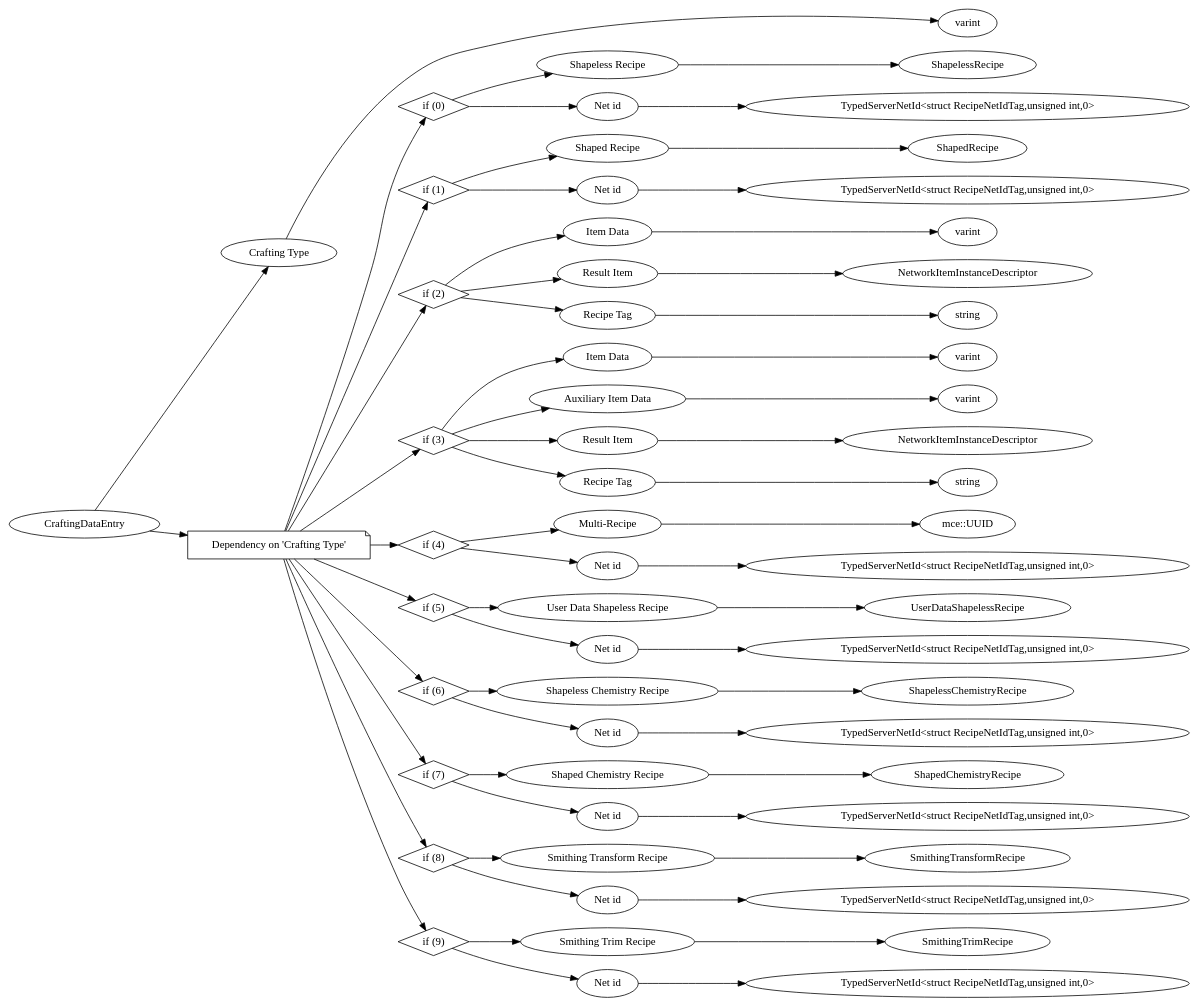
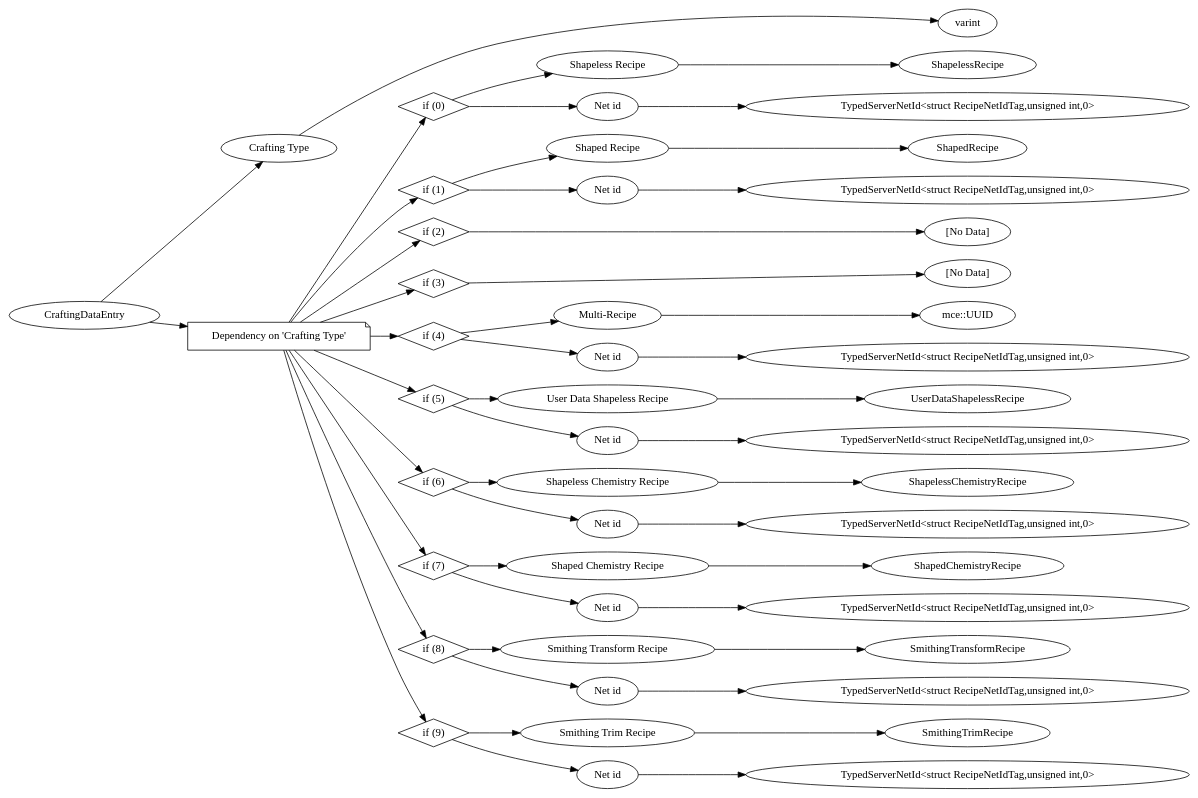
The diagram in dot/CraftingDataEntry.dot (Mojang/bedrock-protocol-docs), drawn with Graphviz before and after one commit. The commit also changed 806 other files, not shown here.

```diff
--- a/dot/CraftingDataEntry.dot
+++ b/dot/CraftingDataEntry.dot
@@ -16,50 +16,38 @@
 13 -> 14
 4 -> 15
 15 -> 16
-16 -> 17
-15 -> 18
-18 -> 19
-15 -> 20
+4 -> 17
+17 -> 18
+4 -> 19
+19 -> 20
 20 -> 21
-4 -> 22
+19 -> 22
 22 -> 23
-23 -> 24
-22 -> 25
+4 -> 24
+24 -> 25
 25 -> 26
-22 -> 27
+24 -> 27
 27 -> 28
-22 -> 29
+4 -> 29
 29 -> 30
-4 -> 31
-31 -> 32
+30 -> 31
+29 -> 32
 32 -> 33
-31 -> 34
+4 -> 34
 34 -> 35
-4 -> 36
-36 -> 37
+35 -> 36
+34 -> 37
 37 -> 38
-36 -> 39
+4 -> 39
 39 -> 40
-4 -> 41
-41 -> 42
+40 -> 41
+39 -> 42
 42 -> 43
-41 -> 44
+4 -> 44
 44 -> 45
-4 -> 46
-46 -> 47
+45 -> 46
+44 -> 47
 47 -> 48
-46 -> 49
-49 -> 50
-4 -> 51
-51 -> 52
-52 -> 53
-51 -> 54
-54 -> 55
-4 -> 56
-56 -> 57
-57 -> 58
-56 -> 59
-59 -> 60
 
 1 [label="CraftingDataEntry",comment="name: \"CraftingDataEntry\", typeName: \"\", id: 1, branchId: 0, recurseId: -1, attributes: 0, notes: \"\""];
 2 [label="Crafting Type",comment="name: \"Crafting Type\", typeName: \"\", id: 2, branchId: 0, recurseId: -1, attributes: 0, notes: \"\""];
@@ -76,51 +64,39 @@
 13 [label="Net id",comment="name: \"Net id\", typeName: \"\", id: 13, branchId: 0, recurseId: -1, attributes: 256, notes: \"\""];
 14 [label="TypedServerNetId<struct RecipeNetIdTag,unsigned int,0>",comment="name: \"TypedServerNetId<struct RecipeNetIdTag,unsigned int,0>\", typeName: \"\", id: 14, branchId: 0, recurseId: -1, attributes: 512, notes: \"\""];
 15 [label="if (2)",shape=diamond,comment="name: \"if (2)\", typeName: \"\", id: 15, branchId: 2, recurseId: -1, attributes: 4, notes: \"\""];
-16 [label="Item Data",comment="name: \"Item Data\", typeName: \"\", id: 16, branchId: 0, recurseId: -1, attributes: 0, notes: \"\""];
-17 [label="varint",comment="name: \"varint\", typeName: \"\", id: 17, branchId: 0, recurseId: -1, attributes: 512, notes: \"\""];
-18 [label="Result Item",comment="name: \"Result Item\", typeName: \"\", id: 18, branchId: 0, recurseId: -1, attributes: 256, notes: \"\""];
-19 [label="NetworkItemInstanceDescriptor",comment="name: \"NetworkItemInstanceDescriptor\", typeName: \"\", id: 19, branchId: 0, recurseId: -1, attributes: 512, notes: \"\""];
-20 [label="Recipe Tag",comment="name: \"Recipe Tag\", typeName: \"\", id: 20, branchId: 0, recurseId: -1, attributes: 0, notes: \"Available ones: crafting_table, cartography_table, stonecutter, furnace, blast_furnace, smoker, campfire\""];
-21 [label="string",comment="name: \"string\", typeName: \"\", id: 21, branchId: 0, recurseId: -1, attributes: 512, notes: \"\""];
-22 [label="if (3)",shape=diamond,comment="name: \"if (3)\", typeName: \"\", id: 22, branchId: 3, recurseId: -1, attributes: 4, notes: \"\""];
-23 [label="Item Data",comment="name: \"Item Data\", typeName: \"\", id: 23, branchId: 0, recurseId: -1, attributes: 0, notes: \"\""];
-24 [label="varint",comment="name: \"varint\", typeName: \"\", id: 24, branchId: 0, recurseId: -1, attributes: 512, notes: \"\""];
-25 [label="Auxiliary Item Data",comment="name: \"Auxiliary Item Data\", typeName: \"\", id: 25, branchId: 0, recurseId: -1, attributes: 0, notes: \"\""];
-26 [label="varint",comment="name: \"varint\", typeName: \"\", id: 26, branchId: 0, recurseId: -1, attributes: 512, notes: \"\""];
-27 [label="Result Item",comment="name: \"Result Item\", typeName: \"\", id: 27, branchId: 0, recurseId: -1, attributes: 256, notes: \"\""];
-28 [label="NetworkItemInstanceDescriptor",comment="name: \"NetworkItemInstanceDescriptor\", typeName: \"\", id: 28, branchId: 0, recurseId: -1, attributes: 512, notes: \"\""];
-29 [label="Recipe Tag",comment="name: \"Recipe Tag\", typeName: \"\", id: 29, branchId: 0, recurseId: -1, attributes: 0, notes: \"Available ones: crafting_table, cartography_table, stonecutter, furnace, blast_furnace, smoker, campfire\""];
-30 [label="string",comment="name: \"string\", typeName: \"\", id: 30, branchId: 0, recurseId: -1, attributes: 512, notes: \"\""];
-31 [label="if (4)",shape=diamond,comment="name: \"if (4)\", typeName: \"\", id: 31, branchId: 4, recurseId: -1, attributes: 4, notes: \"\""];
-32 [label="Multi-Recipe",comment="name: \"Multi-Recipe\", typeName: \"\", id: 32, branchId: 0, recurseId: -1, attributes: 256, notes: \"\""];
-33 [label="mce::UUID",comment="name: \"mce::UUID\", typeName: \"\", id: 33, branchId: 0, recurseId: -1, attributes: 512, notes: \"\""];
-34 [label="Net id",comment="name: \"Net id\", typeName: \"\", id: 34, branchId: 0, recurseId: -1, attributes: 256, notes: \"\""];
-35 [label="TypedServerNetId<struct RecipeNetIdTag,unsigned int,0>",comment="name: \"TypedServerNetId<struct RecipeNetIdTag,unsigned int,0>\", typeName: \"\", id: 35, branchId: 0, recurseId: -1, attributes: 512, notes: \"\""];
-36 [label="if (5)",shape=diamond,comment="name: \"if (5)\", typeName: \"\", id: 36, branchId: 5, recurseId: -1, attributes: 4, notes: \"\""];
-37 [label="User Data Shapeless Recipe",comment="name: \"User Data Shapeless Recipe\", typeName: \"\", id: 37, branchId: 0, recurseId: -1, attributes: 256, notes: \"\""];
-38 [label="UserDataShapelessRecipe",comment="name: \"UserDataShapelessRecipe\", typeName: \"\", id: 38, branchId: 0, recurseId: -1, attributes: 512, notes: \"\""];
-39 [label="Net id",comment="name: \"Net id\", typeName: \"\", id: 39, branchId: 0, recurseId: -1, attributes: 256, notes: \"\""];
-40 [label="TypedServerNetId<struct RecipeNetIdTag,unsigned int,0>",comment="name: \"TypedServerNetId<struct RecipeNetIdTag,unsigned int,0>\", typeName: \"\", id: 40, branchId: 0, recurseId: -1, attributes: 512, notes: \"\""];
-41 [label="if (6)",shape=diamond,comment="name: \"if (6)\", typeName: \"\", id: 41, branchId: 6, recurseId: -1, attributes: 4, notes: \"\""];
-42 [label="Shapeless Chemistry Recipe",comment="name: \"Shapeless Chemistry Recipe\", typeName: \"\", id: 42, branchId: 0, recurseId: -1, attributes: 256, notes: \"\""];
-43 [label="ShapelessChemistryRecipe",comment="name: \"ShapelessChemistryRecipe\", typeName: \"\", id: 43, branchId: 0, recurseId: -1, attributes: 512, notes: \"\""];
-44 [label="Net id",comment="name: \"Net id\", typeName: \"\", id: 44, branchId: 0, recurseId: -1, attributes: 256, notes: \"\""];
-45 [label="TypedServerNetId<struct RecipeNetIdTag,unsigned int,0>",comment="name: \"TypedServerNetId<struct RecipeNetIdTag,unsigned int,0>\", typeName: \"\", id: 45, branchId: 0, recurseId: -1, attributes: 512, notes: \"\""];
-46 [label="if (7)",shape=diamond,comment="name: \"if (7)\", typeName: \"\", id: 46, branchId: 7, recurseId: -1, attributes: 4, notes: \"\""];
-47 [label="Shaped Chemistry Recipe",comment="name: \"Shaped Chemistry Recipe\", typeName: \"\", id: 47, branchId: 0, recurseId: -1, attributes: 256, notes: \"\""];
-48 [label="ShapedChemistryRecipe",comment="name: \"ShapedChemistryRecipe\", typeName: \"\", id: 48, branchId: 0, recurseId: -1, attributes: 512, notes: \"\""];
-49 [label="Net id",comment="name: \"Net id\", typeName: \"\", id: 49, branchId: 0, recurseId: -1, attributes: 256, notes: \"\""];
-50 [label="TypedServerNetId<struct RecipeNetIdTag,unsigned int,0>",comment="name: \"TypedServerNetId<struct RecipeNetIdTag,unsigned int,0>\", typeName: \"\", id: 50, branchId: 0, recurseId: -1, attributes: 512, notes: \"\""];
-51 [label="if (8)",shape=diamond,comment="name: \"if (8)\", typeName: \"\", id: 51, branchId: 8, recurseId: -1, attributes: 4, notes: \"\""];
-52 [label="Smithing Transform Recipe",comment="name: \"Smithing Transform Recipe\", typeName: \"\", id: 52, branchId: 0, recurseId: -1, attributes: 256, notes: \"\""];
-53 [label="SmithingTransformRecipe",comment="name: \"SmithingTransformRecipe\", typeName: \"\", id: 53, branchId: 0, recurseId: -1, attributes: 512, notes: \"\""];
-54 [label="Net id",comment="name: \"Net id\", typeName: \"\", id: 54, branchId: 0, recurseId: -1, attributes: 256, notes: \"\""];
-55 [label="TypedServerNetId<struct RecipeNetIdTag,unsigned int,0>",comment="name: \"TypedServerNetId<struct RecipeNetIdTag,unsigned int,0>\", typeName: \"\", id: 55, branchId: 0, recurseId: -1, attributes: 512, notes: \"\""];
-56 [label="if (9)",shape=diamond,comment="name: \"if (9)\", typeName: \"\", id: 56, branchId: 9, recurseId: -1, attributes: 4, notes: \"\""];
-57 [label="Smithing Trim Recipe",comment="name: \"Smithing Trim Recipe\", typeName: \"\", id: 57, branchId: 0, recurseId: -1, attributes: 256, notes: \"\""];
-58 [label="SmithingTrimRecipe",comment="name: \"SmithingTrimRecipe\", typeName: \"\", id: 58, branchId: 0, recurseId: -1, attributes: 512, notes: \"\""];
-59 [label="Net id",comment="name: \"Net id\", typeName: \"\", id: 59, branchId: 0, recurseId: -1, attributes: 256, notes: \"\""];
-60 [label="TypedServerNetId<struct RecipeNetIdTag,unsigned int,0>",comment="name: \"TypedServerNetId<struct RecipeNetIdTag,unsigned int,0>\", typeName: \"\", id: 60, branchId: 0, recurseId: -1, attributes: 512, notes: \"\""];
-{ rank = max;3;7;9;12;14;17;19;21;24;26;28;30;33;35;38;40;43;45;48;50;53;55;58;60}
+16 [label="[No Data]",comment="name: \"[No Data]\", typeName: \"\", id: 16, branchId: 0, recurseId: -1, attributes: 512, notes: \"\""];
+17 [label="if (3)",shape=diamond,comment="name: \"if (3)\", typeName: \"\", id: 17, branchId: 3, recurseId: -1, attributes: 4, notes: \"\""];
+18 [label="[No Data]",comment="name: \"[No Data]\", typeName: \"\", id: 18, branchId: 0, recurseId: -1, attributes: 512, notes: \"\""];
+19 [label="if (4)",shape=diamond,comment="name: \"if (4)\", typeName: \"\", id: 19, branchId: 4, recurseId: -1, attributes: 4, notes: \"\""];
+20 [label="Multi-Recipe",comment="name: \"Multi-Recipe\", typeName: \"\", id: 20, branchId: 0, recurseId: -1, attributes: 256, notes: \"\""];
+21 [label="mce::UUID",comment="name: \"mce::UUID\", typeName: \"\", id: 21, branchId: 0, recurseId: -1, attributes: 512, notes: \"\""];
+22 [label="Net id",comment="name: \"Net id\", typeName: \"\", id: 22, branchId: 0, recurseId: -1, attributes: 256, notes: \"\""];
+23 [label="TypedServerNetId<struct RecipeNetIdTag,unsigned int,0>",comment="name: \"TypedServerNetId<struct RecipeNetIdTag,unsigned int,0>\", typeName: \"\", id: 23, branchId: 0, recurseId: -1, attributes: 512, notes: \"\""];
+24 [label="if (5)",shape=diamond,comment="name: \"if (5)\", typeName: \"\", id: 24, branchId: 5, recurseId: -1, attributes: 4, notes: \"\""];
+25 [label="User Data Shapeless Recipe",comment="name: \"User Data Shapeless Recipe\", typeName: \"\", id: 25, branchId: 0, recurseId: -1, attributes: 256, notes: \"\""];
+26 [label="UserDataShapelessRecipe",comment="name: \"UserDataShapelessRecipe\", typeName: \"\", id: 26, branchId: 0, recurseId: -1, attributes: 512, notes: \"\""];
+27 [label="Net id",comment="name: \"Net id\", typeName: \"\", id: 27, branchId: 0, recurseId: -1, attributes: 256, notes: \"\""];
+28 [label="TypedServerNetId<struct RecipeNetIdTag,unsigned int,0>",comment="name: \"TypedServerNetId<struct RecipeNetIdTag,unsigned int,0>\", typeName: \"\", id: 28, branchId: 0, recurseId: -1, attributes: 512, notes: \"\""];
+29 [label="if (6)",shape=diamond,comment="name: \"if (6)\", typeName: \"\", id: 29, branchId: 6, recurseId: -1, attributes: 4, notes: \"\""];
+30 [label="Shapeless Chemistry Recipe",comment="name: \"Shapeless Chemistry Recipe\", typeName: \"\", id: 30, branchId: 0, recurseId: -1, attributes: 256, notes: \"\""];
+31 [label="ShapelessChemistryRecipe",comment="name: \"ShapelessChemistryRecipe\", typeName: \"\", id: 31, branchId: 0, recurseId: -1, attributes: 512, notes: \"\""];
+32 [label="Net id",comment="name: \"Net id\", typeName: \"\", id: 32, branchId: 0, recurseId: -1, attributes: 256, notes: \"\""];
+33 [label="TypedServerNetId<struct RecipeNetIdTag,unsigned int,0>",comment="name: \"TypedServerNetId<struct RecipeNetIdTag,unsigned int,0>\", typeName: \"\", id: 33, branchId: 0, recurseId: -1, attributes: 512, notes: \"\""];
+34 [label="if (7)",shape=diamond,comment="name: \"if (7)\", typeName: \"\", id: 34, branchId: 7, recurseId: -1, attributes: 4, notes: \"\""];
+35 [label="Shaped Chemistry Recipe",comment="name: \"Shaped Chemistry Recipe\", typeName: \"\", id: 35, branchId: 0, recurseId: -1, attributes: 256, notes: \"\""];
+36 [label="ShapedChemistryRecipe",comment="name: \"ShapedChemistryRecipe\", typeName: \"\", id: 36, branchId: 0, recurseId: -1, attributes: 512, notes: \"\""];
+37 [label="Net id",comment="name: \"Net id\", typeName: \"\", id: 37, branchId: 0, recurseId: -1, attributes: 256, notes: \"\""];
+38 [label="TypedServerNetId<struct RecipeNetIdTag,unsigned int,0>",comment="name: \"TypedServerNetId<struct RecipeNetIdTag,unsigned int,0>\", typeName: \"\", id: 38, branchId: 0, recurseId: -1, attributes: 512, notes: \"\""];
+39 [label="if (8)",shape=diamond,comment="name: \"if (8)\", typeName: \"\", id: 39, branchId: 8, recurseId: -1, attributes: 4, notes: \"\""];
+40 [label="Smithing Transform Recipe",comment="name: \"Smithing Transform Recipe\", typeName: \"\", id: 40, branchId: 0, recurseId: -1, attributes: 256, notes: \"\""];
+41 [label="SmithingTransformRecipe",comment="name: \"SmithingTransformRecipe\", typeName: \"\", id: 41, branchId: 0, recurseId: -1, attributes: 512, notes: \"\""];
+42 [label="Net id",comment="name: \"Net id\", typeName: \"\", id: 42, branchId: 0, recurseId: -1, attributes: 256, notes: \"\""];
+43 [label="TypedServerNetId<struct RecipeNetIdTag,unsigned int,0>",comment="name: \"TypedServerNetId<struct RecipeNetIdTag,unsigned int,0>\", typeName: \"\", id: 43, branchId: 0, recurseId: -1, attributes: 512, notes: \"\""];
+44 [label="if (9)",shape=diamond,comment="name: \"if (9)\", typeName: \"\", id: 44, branchId: 9, recurseId: -1, attributes: 4, notes: \"\""];
+45 [label="Smithing Trim Recipe",comment="name: \"Smithing Trim Recipe\", typeName: \"\", id: 45, branchId: 0, recurseId: -1, attributes: 256, notes: \"\""];
+46 [label="SmithingTrimRecipe",comment="name: \"SmithingTrimRecipe\", typeName: \"\", id: 46, branchId: 0, recurseId: -1, attributes: 512, notes: \"\""];
+47 [label="Net id",comment="name: \"Net id\", typeName: \"\", id: 47, branchId: 0, recurseId: -1, attributes: 256, notes: \"\""];
+48 [label="TypedServerNetId<struct RecipeNetIdTag,unsigned int,0>",comment="name: \"TypedServerNetId<struct RecipeNetIdTag,unsigned int,0>\", typeName: \"\", id: 48, branchId: 0, recurseId: -1, attributes: 512, notes: \"\""];
+{ rank = max;3;7;9;12;14;16;18;21;23;26;28;31;33;36;38;41;43;46;48}
 
 }
```
